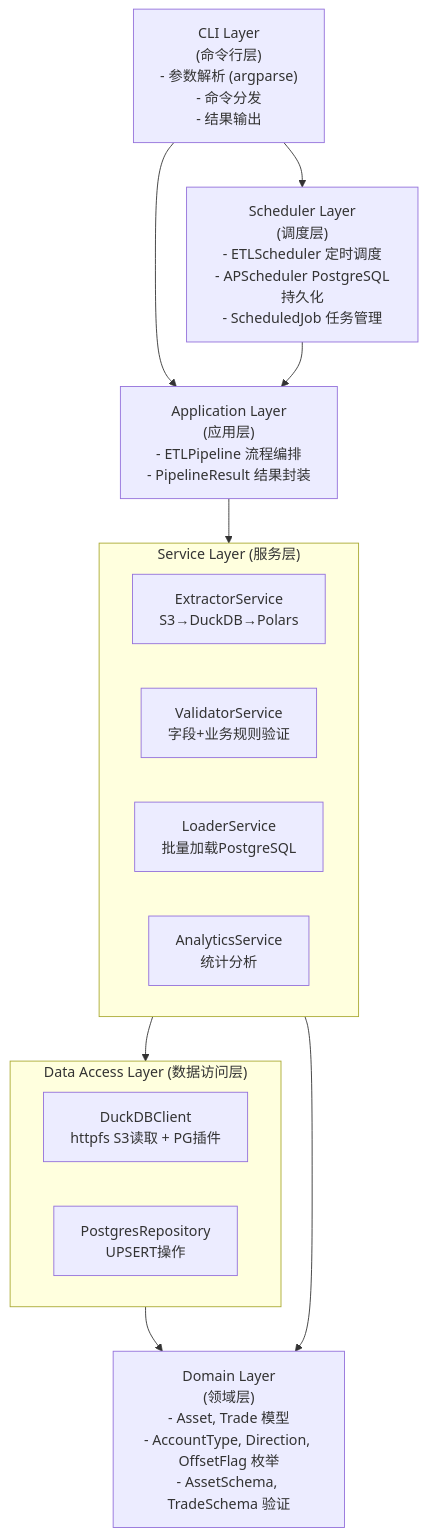
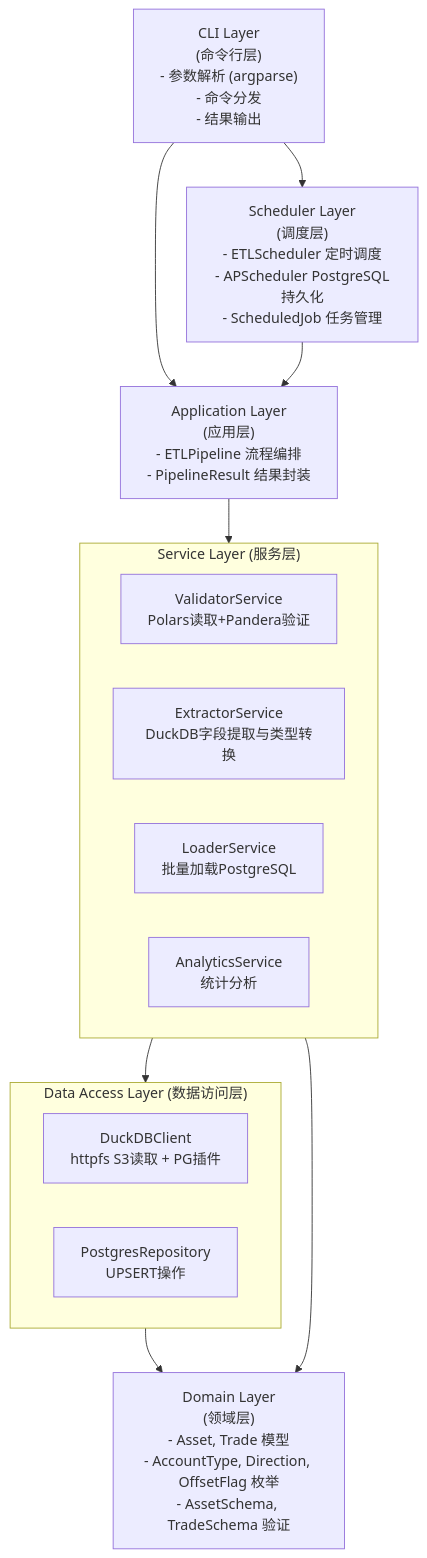
One commit to zhj0513/small_etl changed the second of 8 diagrams in doc/architecture.md. Above: the diagram before and after it, drawn with Mermaid. The commit also changed other lines of this file and 3 other files, not shown here.

````diff
--- a/doc/architecture.md
+++ b/doc/architecture.md
@@ -41,51 +45,51 @@
 ```mermaid
 flowchart TB
     %% ======================
     %% CLI Layer
     %% ======================
     CLI["CLI Layer<br/>(命令行层)<br/>- 参数解析 (argparse)<br/>- 命令分发<br/>- 结果输出"]
 
     %% ======================
     %% Scheduler Layer
     %% ======================
     SCHEDULER["Scheduler Layer<br/>(调度层)<br/>- ETLScheduler 定时调度<br/>- APScheduler PostgreSQL持久化<br/>- ScheduledJob 任务管理"]
 
     %% ======================
     %% Application Layer
     %% ======================
     APP["Application Layer<br/>(应用层)<br/>- ETLPipeline 流程编排<br/>- PipelineResult 结果封装"]
 
     %% ======================
     %% Service Layer
     %% ======================
     subgraph SERVICE["Service Layer (服务层)"]
-        EX["ExtractorService<br/>S3→DuckDB→Polars"]
-        VA["ValidatorService<br/>字段+业务规则验证"]
+        VA["ValidatorService<br/>Polars读取+Pandera验证"]
+        EX["ExtractorService<br/>DuckDB字段提取与类型转换"]
         LO["LoaderService<br/>批量加载PostgreSQL"]
         AN["AnalyticsService<br/>统计分析"]
     end
 
     %% ======================
     %% Data Access Layer
     %% ======================
     subgraph DAL["Data Access Layer (数据访问层)"]
         DUCK["DuckDBClient<br/>httpfs S3读取 + PG插件"]
         PG["PostgresRepository<br/>UPSERT操作"]
     end
 
     %% ======================
     %% Domain Layer
     %% ======================
     DOMAIN["Domain Layer<br/>(领域层)<br/>- Asset, Trade 模型<br/>- AccountType, Direction, OffsetFlag 枚举<br/>- AssetSchema, TradeSchema 验证"]
 
     %% ======================
     %% Layer Connections
     %% ======================
     CLI --> SCHEDULER
     CLI --> APP
     SCHEDULER --> APP
     APP --> SERVICE
     SERVICE --> DAL
     DAL --> DOMAIN
     SERVICE --> DOMAIN
 ```
````
